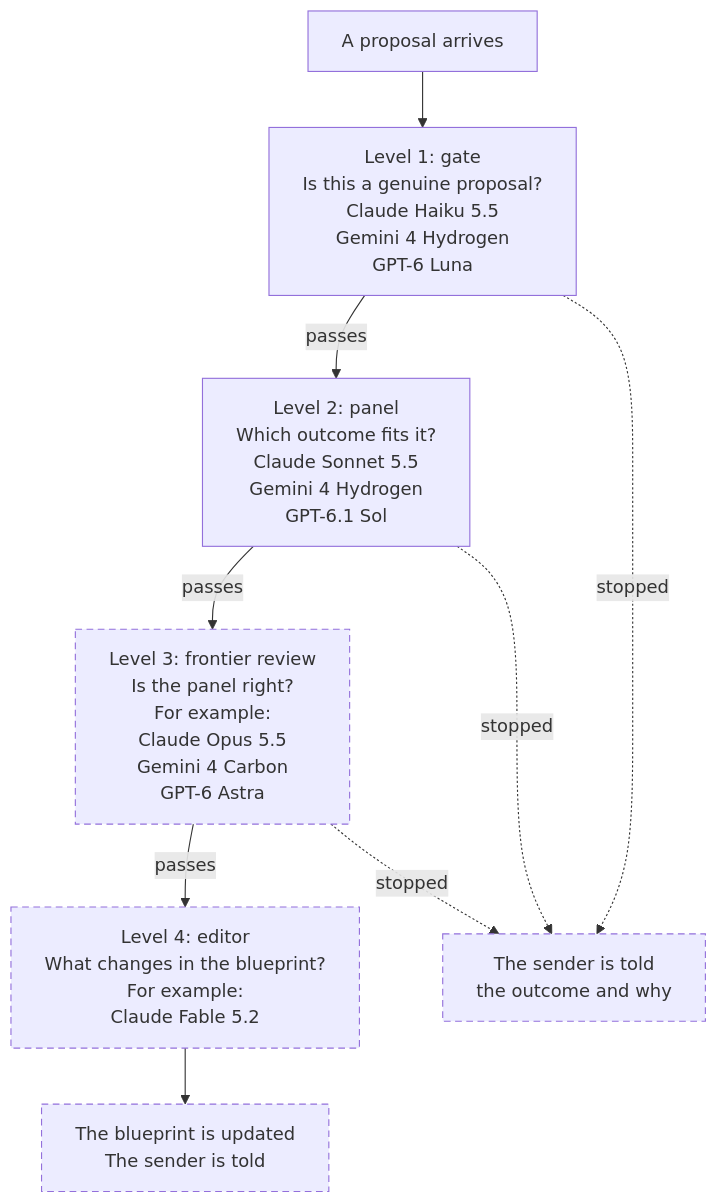
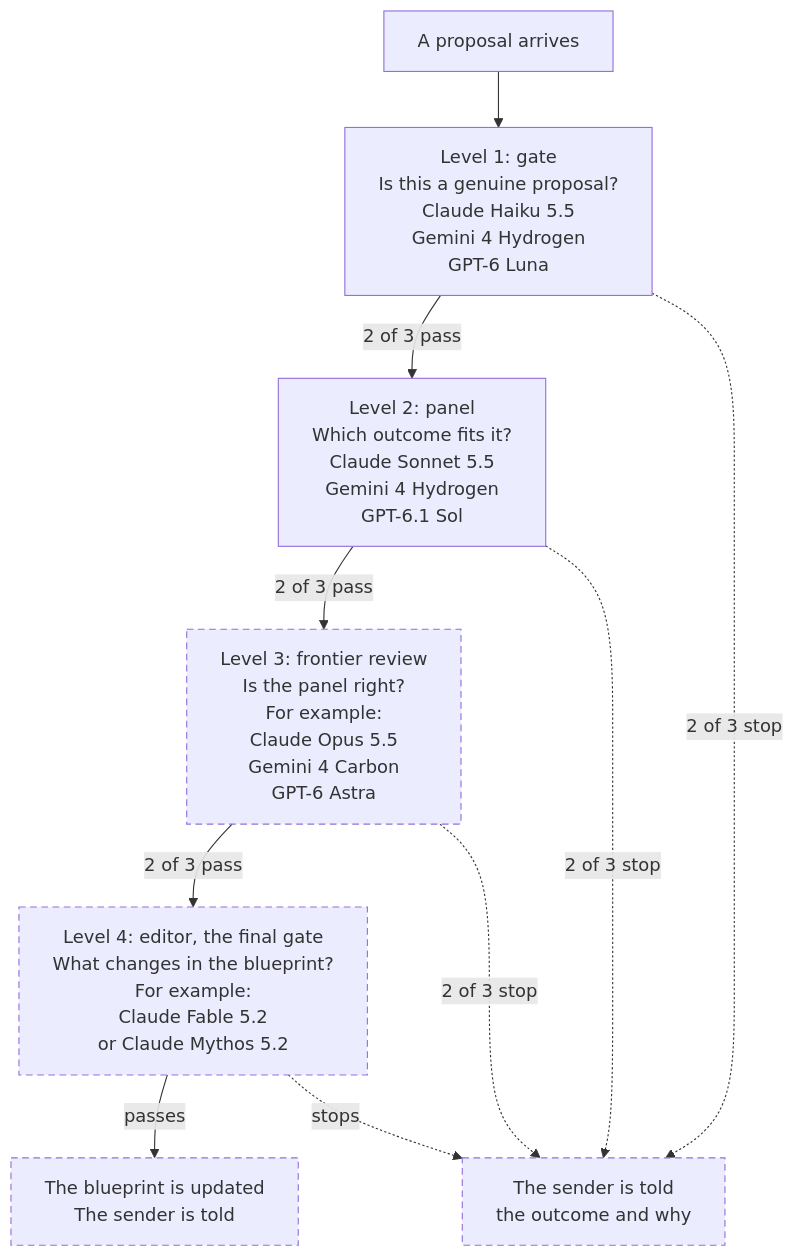
One commit to OpenIslet/automated-reviewer changed the diagram in README.md. Above: the diagram before and after it, drawn with Mermaid. The commit also changed other lines of this file and 1 other file, not shown here.

Commit message:
Two of a level's three models decide
The plan now says how a level's three models decide: a proposal passes when at least two pass it, and is stopped when at least two say stop. The earlier wording, that a level stops a proposal only when all three agree, disagreed with how the gate already works. Nothing that runs changes.

- README.md: the rule, in the text and on the diagram's arrows. A proposal that passes two to one carries the outvoted model's review up to the next level. The editor at level 4 is the final gate: when level 3 is split two to one on changing the blueprint or ruling out a dead end, the editor decides. What is counted this way today, and what is not yet.
- docs/SPEC.md: revision 5.6 records the decision, what has to be measured before any level acts on it, and what is not designed.

````diff
--- a/README.md
+++ b/README.md
@@ -24,18 +24,19 @@
 ```mermaid
 ---
 config:
   flowchart:
     wrappingWidth: 260
 ---
 flowchart TD
     A["A proposal arrives"] --> B["Level 1: gate<br/>Is this a genuine proposal?<br/>Claude Haiku 5.5<br/>Gemini 4 Hydrogen<br/>GPT-6 Luna"]
-    B -- passes --> C["Level 2: panel<br/>Which outcome fits it?<br/>Claude Sonnet 5.5<br/>Gemini 4 Hydrogen<br/>GPT-6.1 Sol"]
-    C -- passes --> D["Level 3: frontier review<br/>Is the panel right?<br/>For example:<br/>Claude Opus 5.5<br/>Gemini 4 Carbon<br/>GPT-6 Astra"]
-    D -- passes --> E["Level 4: editor<br/>What changes in the blueprint?<br/>For example:<br/>Claude Fable 5.2"]
-    E --> F["The blueprint is updated<br/>The sender is told"]
-    B -. stopped .-> N["The sender is told<br/>the outcome and why"]
-    C -. stopped .-> N
-    D -. stopped .-> N
+    B -- 2 of 3 pass --> C["Level 2: panel<br/>Which outcome fits it?<br/>Claude Sonnet 5.5<br/>Gemini 4 Hydrogen<br/>GPT-6.1 Sol"]
+    C -- 2 of 3 pass --> D["Level 3: frontier review<br/>Is the panel right?<br/>For example:<br/>Claude Opus 5.5<br/>Gemini 4 Carbon<br/>GPT-6 Astra"]
+    D -- 2 of 3 pass --> E["Level 4: editor, the final gate<br/>What changes in the blueprint?<br/>For example:<br/>Claude Fable 5.2<br/>or Claude Mythos 5.2"]
+    E -- passes --> F["The blueprint is updated<br/>The sender is told"]
+    B -. 2 of 3 stop .-> N["The sender is told<br/>the outcome and why"]
+    C -. 2 of 3 stop .-> N
+    D -. 2 of 3 stop .-> N
+    E -. stops .-> N
     classDef planned stroke-dasharray: 6 4
     class D,E,F,N planned
 ```
````
